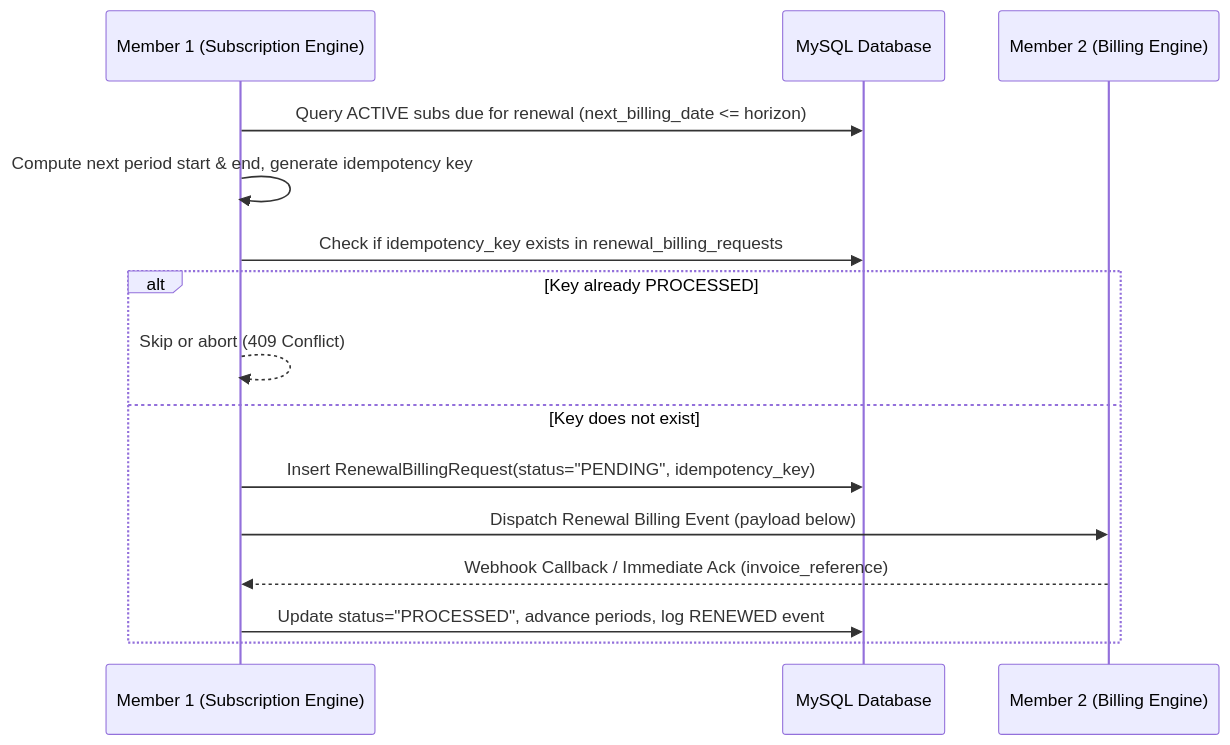
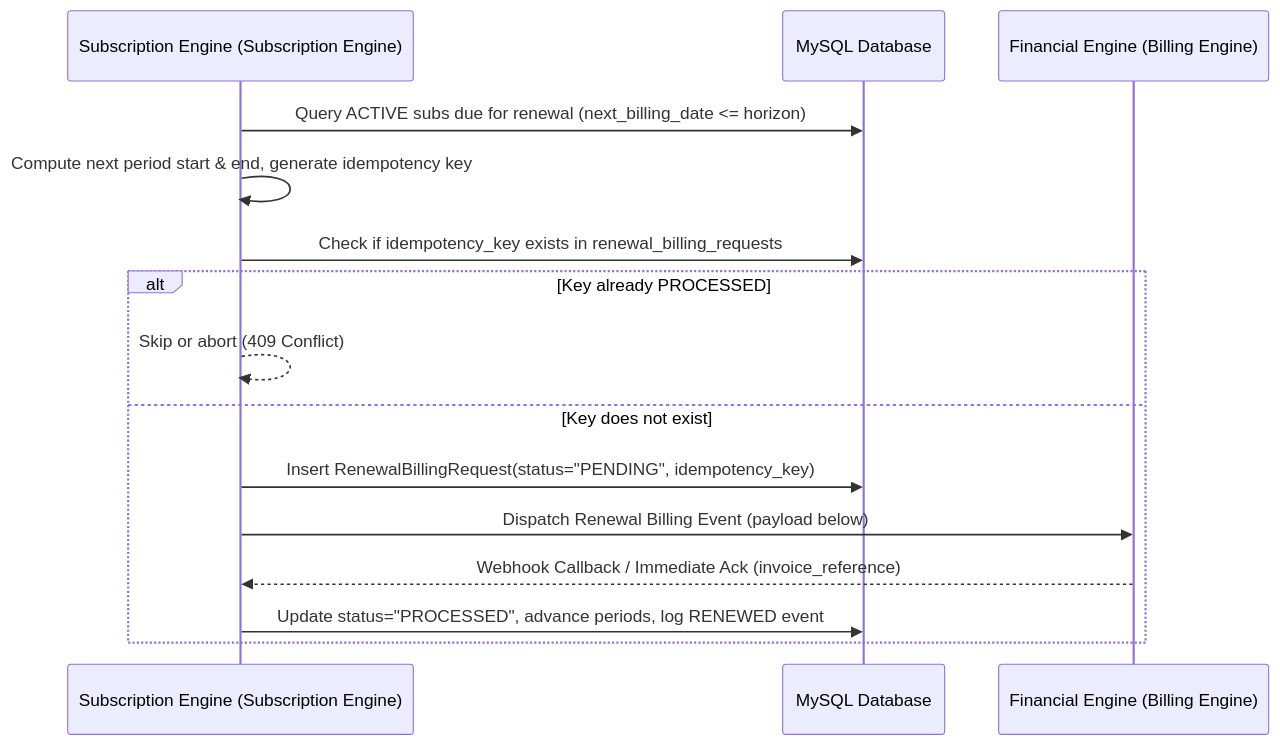
Before and after one commit to aswinsparky/subscription-management-system: the diagram in docs/MEMBER2_INTEGRATION_CONTRACT.md, drawn with Mermaid. The commit also changed other lines of this file and 61 other files, not shown here.

````diff
--- a/docs/MEMBER2_INTEGRATION_CONTRACT.md
+++ b/docs/MEMBER2_INTEGRATION_CONTRACT.md
@@ -33,18 +33,18 @@
 ```mermaid
 sequenceDiagram
-    participant M1 as Member 1 (Subscription Engine)
+    participant M1 as Subscription Engine (Subscription Engine)
     participant DB as MySQL Database
-    participant M2 as Member 2 (Billing Engine)
+    participant M2 as Financial Engine (Billing Engine)
 
     M1->>DB: Query ACTIVE subs due for renewal (next_billing_date <= horizon)
     M1->>M1: Compute next period start & end, generate idempotency key
     M1->>DB: Check if idempotency_key exists in renewal_billing_requests
     alt Key already PROCESSED
         M1-->>M1: Skip or abort (409 Conflict)
     else Key does not exist
         M1->>DB: Insert RenewalBillingRequest(status="PENDING", idempotency_key)
         M1->>M2: Dispatch Renewal Billing Event (payload below)
         M2-->>M1: Webhook Callback / Immediate Ack (invoice_reference)
         M1->>DB: Update status="PROCESSED", advance periods, log RENEWED event
     end
 ```
````
